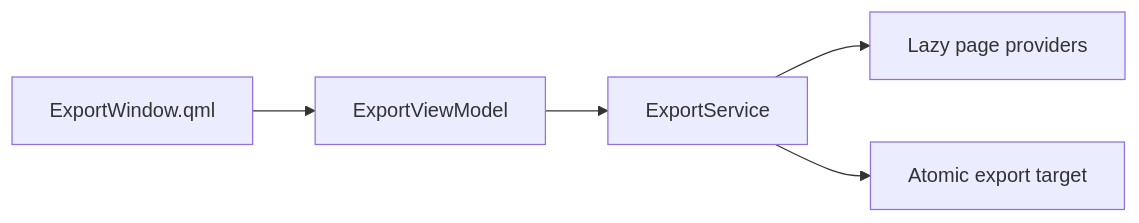
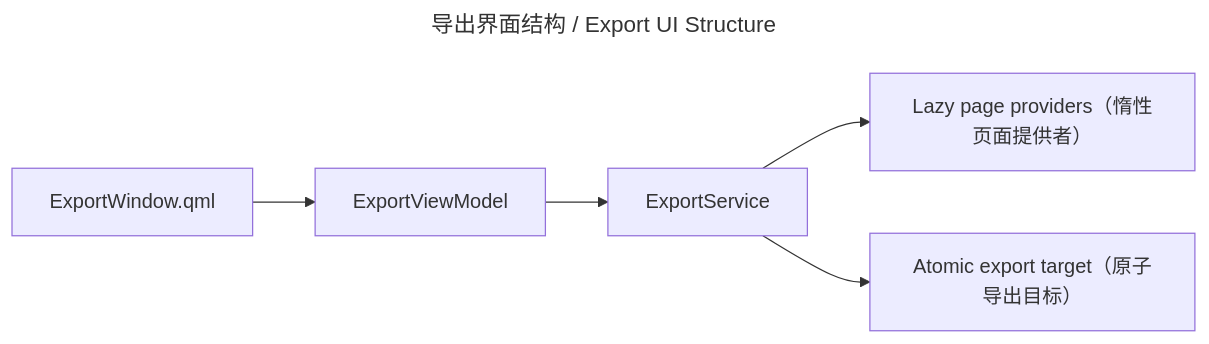
The diagram in wiki/codewiki/export_ui.md (peakwheat-pixel/New-Manga), drawn with Mermaid before and after one commit. The commit also changed 16 other files, not shown here.

Commit message:
docs: apply bilingual diagram policy to CodeWiki diagrams

````diff
--- a/wiki/codewiki/export_ui.md
+++ b/wiki/codewiki/export_ui.md
@@ -35,7 +35,10 @@
 ```mermaid
+---
+title: 导出界面结构 / Export UI Structure
+---
 flowchart LR
     QML["ExportWindow.qml"] --> VM["ExportViewModel"]
     VM --> SERVICE["ExportService"]
-    SERVICE --> PROVIDER["Lazy page providers"]
-    SERVICE --> TARGET["Atomic export target"]
+    SERVICE --> PROVIDER["Lazy page providers（惰性页面提供者）"]
+    SERVICE --> TARGET["Atomic export target（原子导出目标）"]
 ```
````
